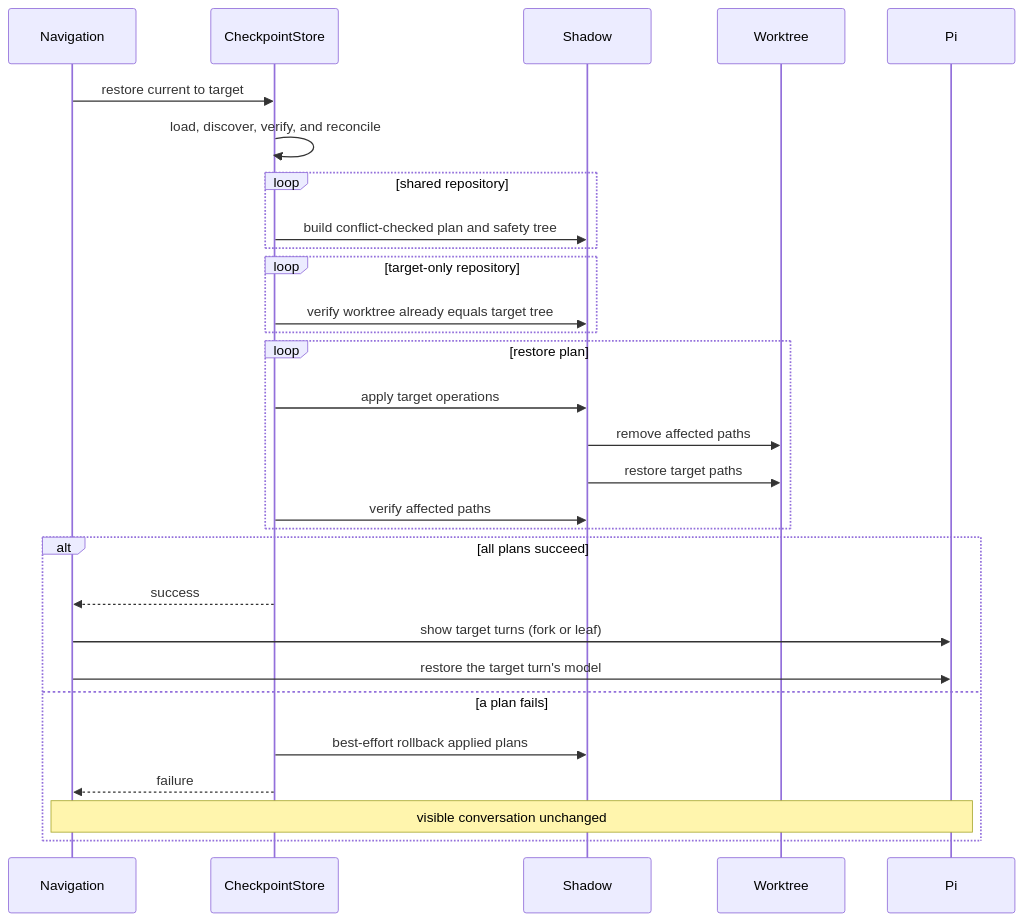
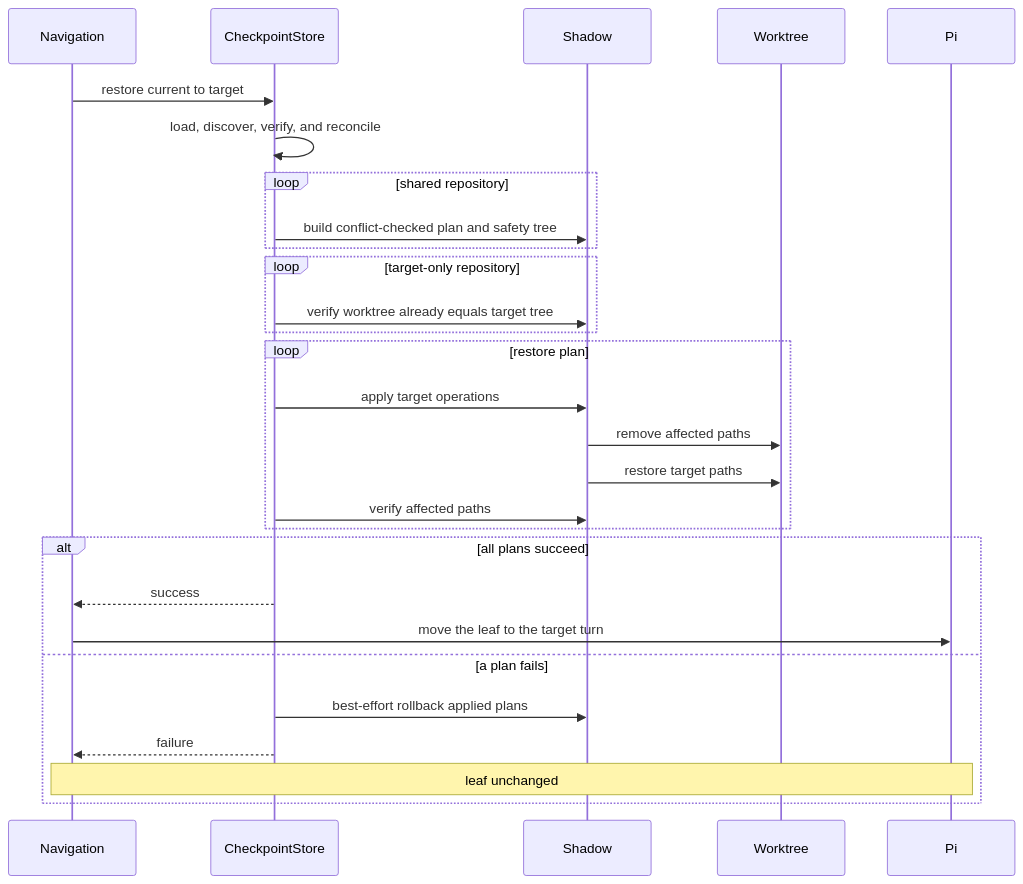
The sixth of 6 diagrams in docs/internal/checkpoint-system.md (mattiacerutti/supernova), drawn with Mermaid before and after one commit. The commit also changed other lines of this file and 15 other files, not shown here.

````diff
--- a/docs/internal/checkpoint-system.md
+++ b/docs/internal/checkpoint-system.md
@@ -394,32 +394,31 @@
 ```mermaid
 sequenceDiagram
   participant Nav as Navigation
   participant Store as CheckpointStore
   participant Shadow
   participant Worktree
   participant Pi
 
   Nav->>Store: restore current to target
   Store->>Store: load, discover, verify, and reconcile
   loop shared repository
     Store->>Shadow: build conflict-checked plan and safety tree
   end
   loop target-only repository
     Store->>Shadow: verify worktree already equals target tree
   end
   loop restore plan
     Store->>Shadow: apply target operations
     Shadow->>Worktree: remove affected paths
     Shadow->>Worktree: restore target paths
     Store->>Shadow: verify affected paths
   end
   alt all plans succeed
     Store-->>Nav: success
-    Nav->>Pi: show target turns (fork or leaf)
-    Nav->>Pi: restore the target turn's model
+    Nav->>Pi: move the leaf to the target turn
   else a plan fails
     Store->>Shadow: best-effort rollback applied plans
     Store-->>Nav: failure
-    Note over Nav,Pi: visible conversation unchanged
+    Note over Nav,Pi: leaf unchanged
   end
 ```
````
